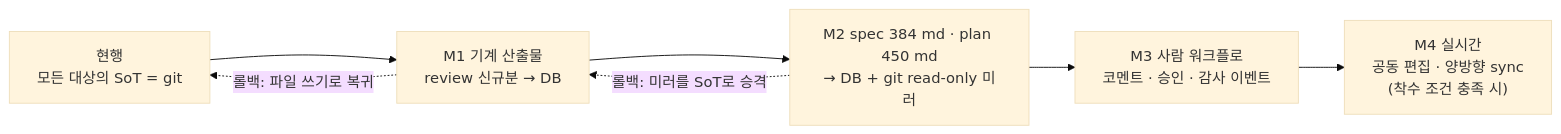
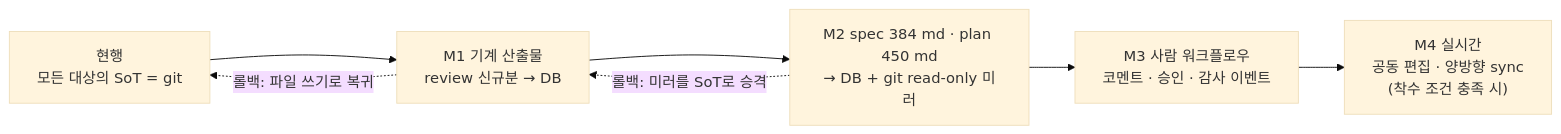
The diagram in docs/03-proposal/roadmap.md (worker-ants/nerv), drawn with Mermaid (base theme) before and after one commit. The commit also changed other lines of this file and 172 other files, not shown here.

First line of the commit message:
docs(all,schema,plugin,web): 사전대로 옮긴다 — 1,372곳, 뜻은 그대로

````diff
--- a/docs/03-proposal/roadmap.md
+++ b/docs/03-proposal/roadmap.md
@@ -348,9 +350,9 @@
 ```mermaid
 flowchart LR
   G["현행<br/>모든 대상의 SoT = git"] --> A["M1 기계 산출물<br/>review 신규분 → DB"]
   A --> B["M2 spec 384 md · plan 450 md<br/>→ DB + git read-only 미러"]
-  B --> C["M3 사람 워크플로<br/>코멘트 · 승인 · 감사 이벤트"]
+  B --> C["M3 사람 워크플로우<br/>코멘트 · 승인 · 감사 이벤트"]
   C --> D["M4 실시간<br/>공동 편집 · 양방향 sync<br/>(착수 조건 충족 시)"]
   A -.->|"롤백: 파일 쓰기로 복귀"| G
   B -.->|"롤백: 미러를 SoT로 승격"| A
 ```
````
